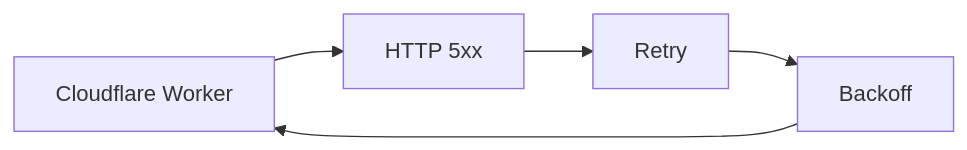
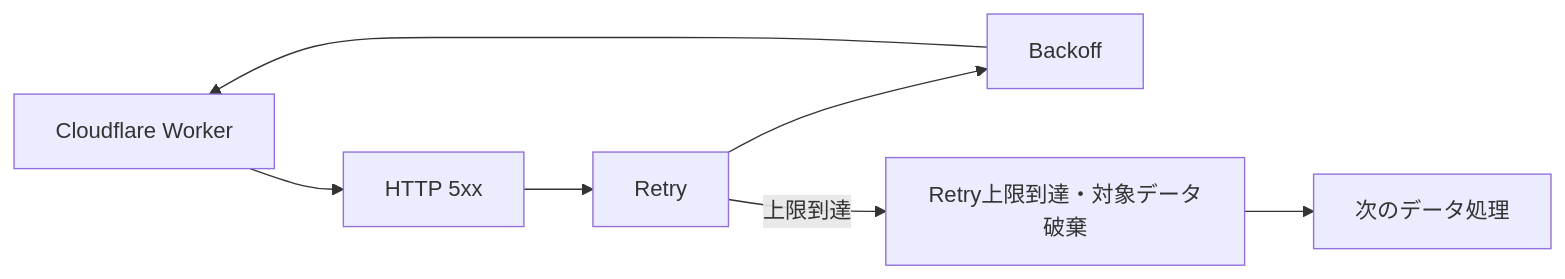
Before and after one commit to yujimasuda77777/Raspberry_Pi_4B_Edge_IoT_System: diagram 24 of 46 in docs/05_operation_recovery.md, drawn with Mermaid. The commit also changed other lines of this file and 1 other file, not shown here.

````diff
--- a/docs/05_operation_recovery.md
+++ b/docs/05_operation_recovery.md
@@ -1229,13 +1174,16 @@
 ```mermaid
 flowchart LR
     Worker["Cloudflare Worker"]
     Error["HTTP 5xx"]
     Retry["Retry"]
     Backoff["Backoff"]
-    Worker
+    Discard["Retry上限到達・対象データ破棄"]
+    Next["次のデータ処理"]
 
     Worker --> Error
     Error --> Retry
     Retry --> Backoff
     Backoff --> Worker
+    Retry -->|上限到達| Discard
+    Discard --> Next
 ```
````
